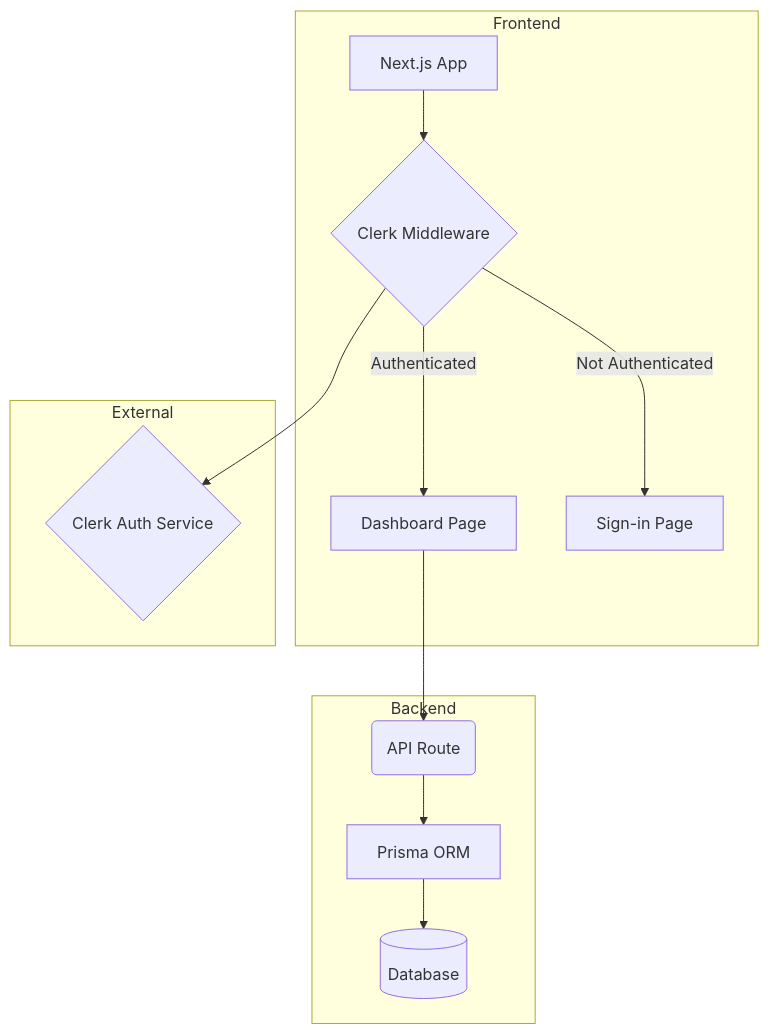
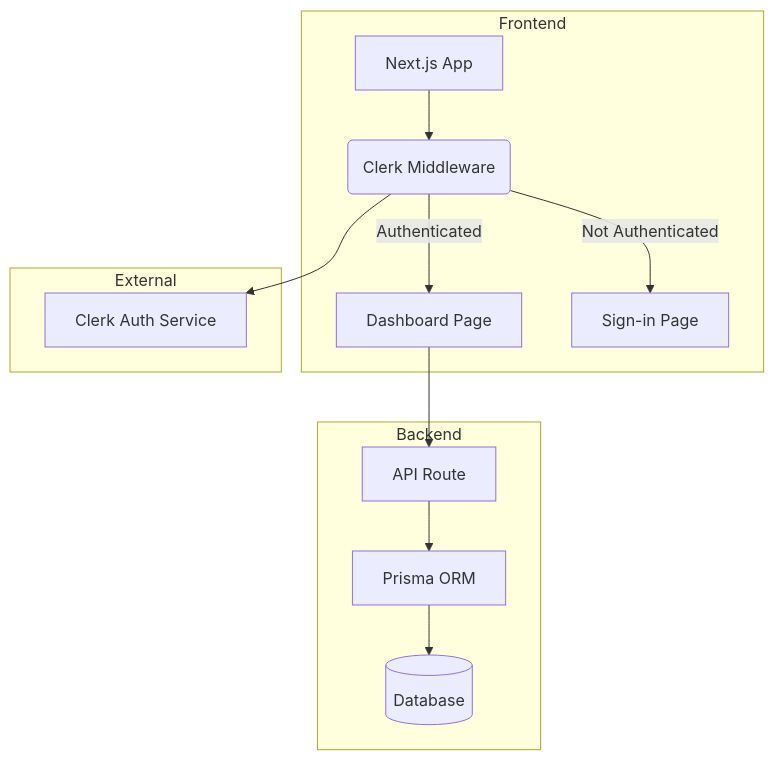
Before and after one commit to hounsouthohin/StartupNexus: the diagram in factory-sprint0/prompts/architect.md, drawn with Mermaid. The commit also changed 12 other files, not shown here.

````diff
--- a/factory-sprint0/prompts/architect.md
+++ b/factory-sprint0/prompts/architect.md
@@ -72,16 +72,16 @@
 ```mermaid
 graph TD
     subgraph Frontend
-        A[Next.js App] --> B{Clerk Middleware};
-        B -- Authenticated --> C[Dashboard Page];
-        B -- Not Authenticated --> D[Sign-in Page];
+        A[Next.js App] --> B(Clerk Middleware)
+        B -- Authenticated --> C[Dashboard Page]
+        B -- Not Authenticated --> D[Sign-in Page]
     end
     subgraph Backend
-        C --> E(API Route);
-        E --> F[Prisma ORM];
-        F --> G[(Database)];
+        C --> E[API Route]
+        E --> F[Prisma ORM]
+        F --> G[(Database)]
     end
     subgraph External
-        B --> H{Clerk Auth Service};
+        B --> H["Clerk Auth Service"]
     end
 ```
````
